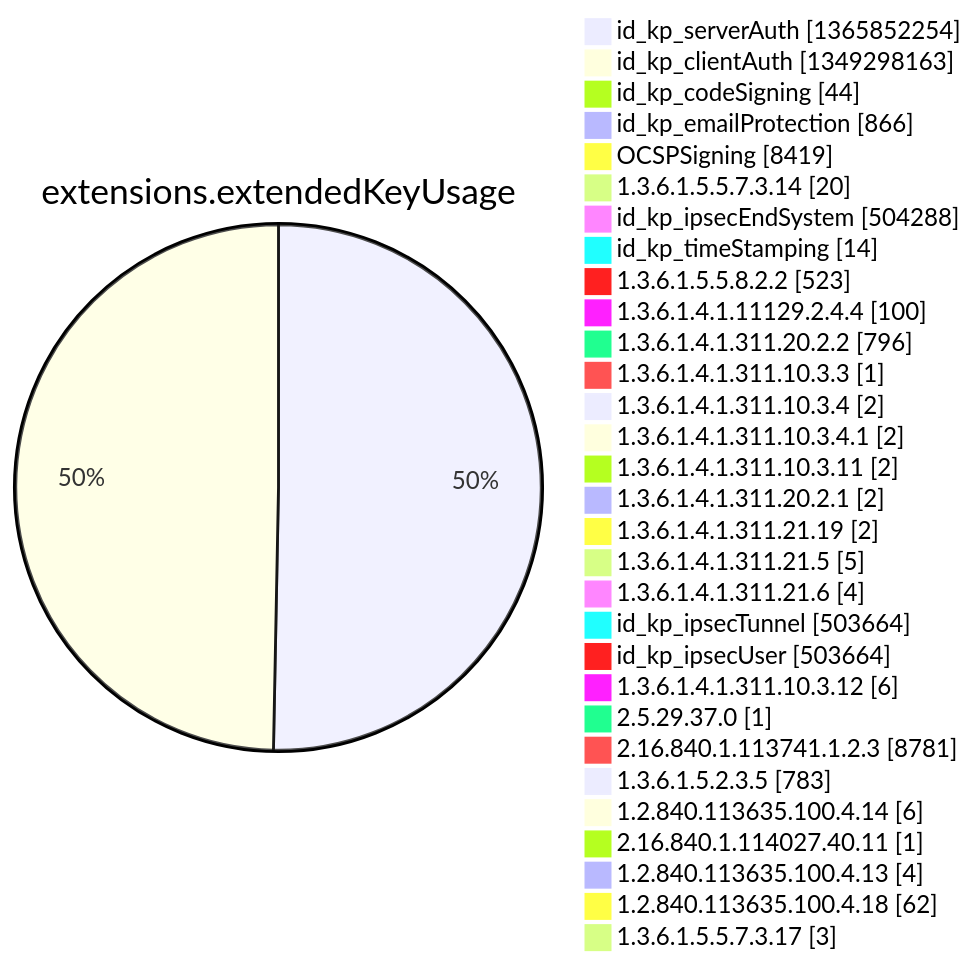
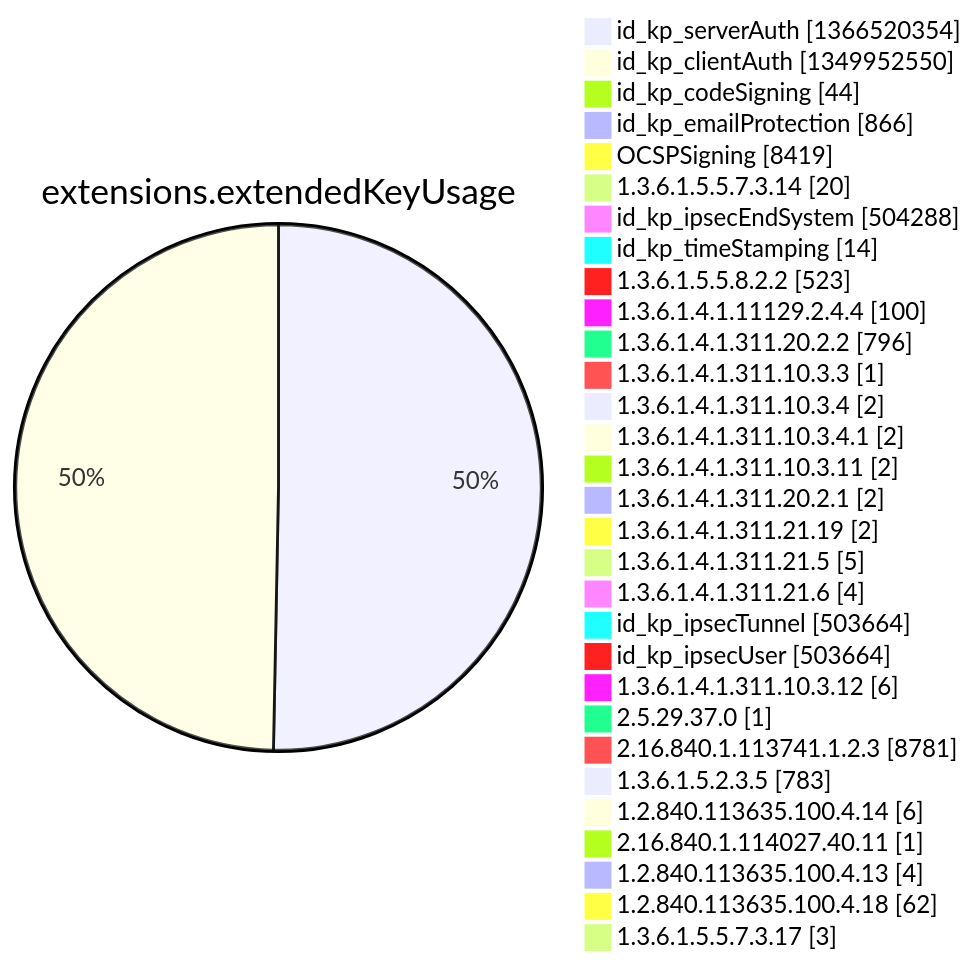
One commit to christiankrug/ctmonitor_visualization changed diagram 12 of 15 in argon2022/README.md. Above: the diagram before and after it, drawn with Mermaid. The commit also changed other lines of this file, not shown here.

````diff
--- a/argon2022/README.md
+++ b/argon2022/README.md
@@ -3553,34 +3553,34 @@
 ```mermaid
 pie showData
 title extensions.extendedKeyUsage
-"id_kp_serverAuth" :1365852254
-"id_kp_clientAuth" :1349298163
+"id_kp_serverAuth" :1366520354
+"id_kp_clientAuth" :1349952550
 "id_kp_codeSigning" :44
 "id_kp_emailProtection" :866
 "OCSPSigning" :8419
 "1.3.6.1.5.5.7.3.14" :20
 "id_kp_ipsecEndSystem" :504288
 "id_kp_timeStamping" :14
 "1.3.6.1.5.5.8.2.2" :523
 "1.3.6.1.4.1.11129.2.4.4" :100
 "1.3.6.1.4.1.311.20.2.2" :796
 "1.3.6.1.4.1.311.10.3.3" :1
 "1.3.6.1.4.1.311.10.3.4" :2
 "1.3.6.1.4.1.311.10.3.4.1" :2
 "1.3.6.1.4.1.311.10.3.11" :2
 "1.3.6.1.4.1.311.20.2.1" :2
 "1.3.6.1.4.1.311.21.19" :2
 "1.3.6.1.4.1.311.21.5" :5
 "1.3.6.1.4.1.311.21.6" :4
 "id_kp_ipsecTunnel" :503664
 "id_kp_ipsecUser" :503664
 "1.3.6.1.4.1.311.10.3.12" :6
 "2.5.29.37.0" :1
 "2.16.840.1.113741.1.2.3" :8781
 "1.3.6.1.5.2.3.5" :783
 "1.2.840.113635.100.4.14" :6
 "2.16.840.1.114027.40.11" :1
 "1.2.840.113635.100.4.13" :4
 "1.2.840.113635.100.4.18" :62
 "1.3.6.1.5.5.7.3.17" :3
 ```
````
